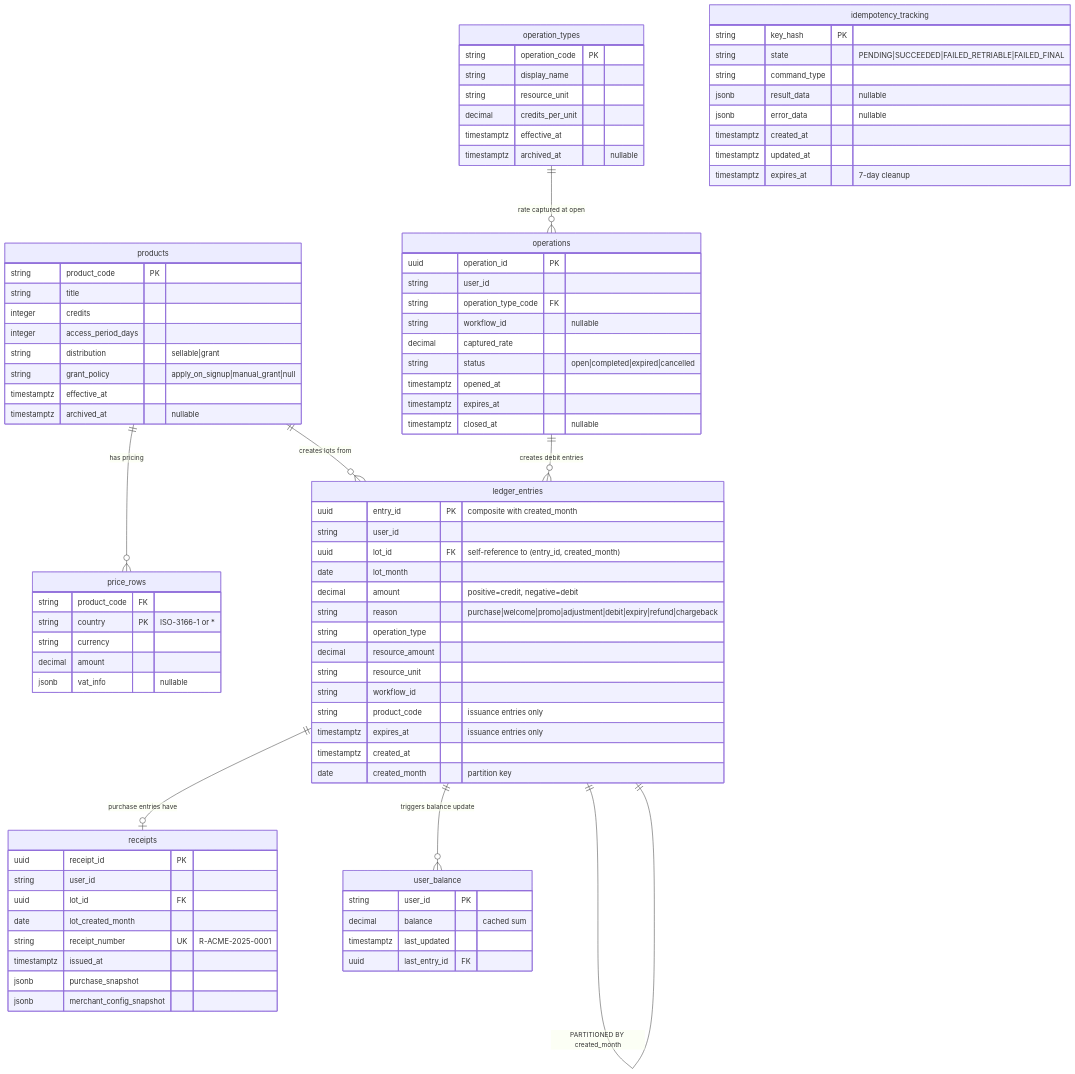
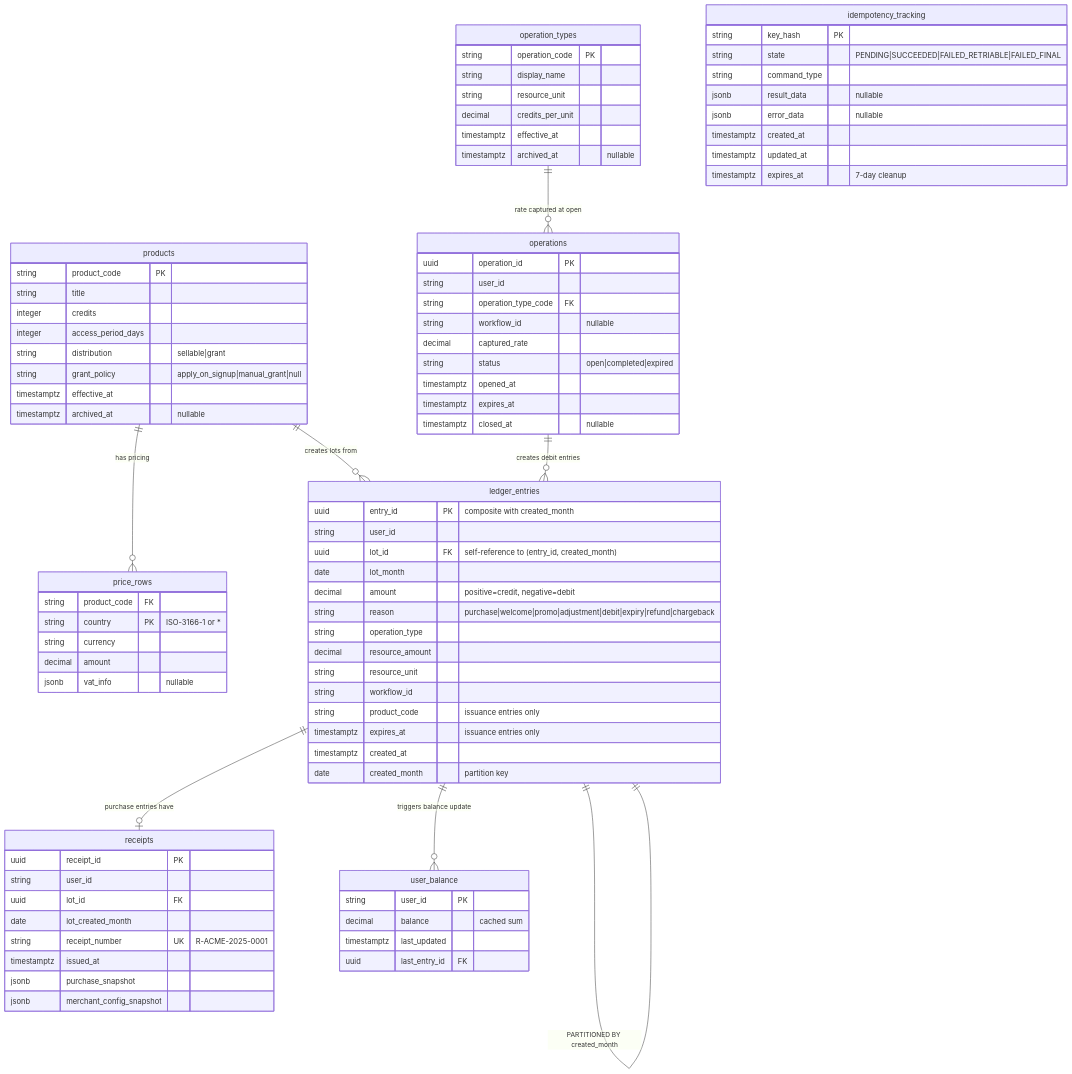
One commit to dimdasci/credit-system changed the first of 2 diagrams in knowledge/tech-solution/03_database_schema_migrations.md. Above: the diagram before and after it, drawn with Mermaid. The commit also changed other lines of this file and 7 other files, not shown here.

Commit message:
feat: Remove 'cancelled' status from OperationStatus and related logic across the repository and tests

```diff
--- a/knowledge/tech-solution/03_database_schema_migrations.md
+++ b/knowledge/tech-solution/03_database_schema_migrations.md
@@ -756,7 +756,7 @@
         string operation_type_code FK
         string workflow_id "nullable"
         decimal captured_rate
-        string status "open|completed|expired|cancelled"
+        string status "open|completed|expired"
         timestamptz opened_at
         timestamptz expires_at
         timestamptz closed_at "nullable"
```
